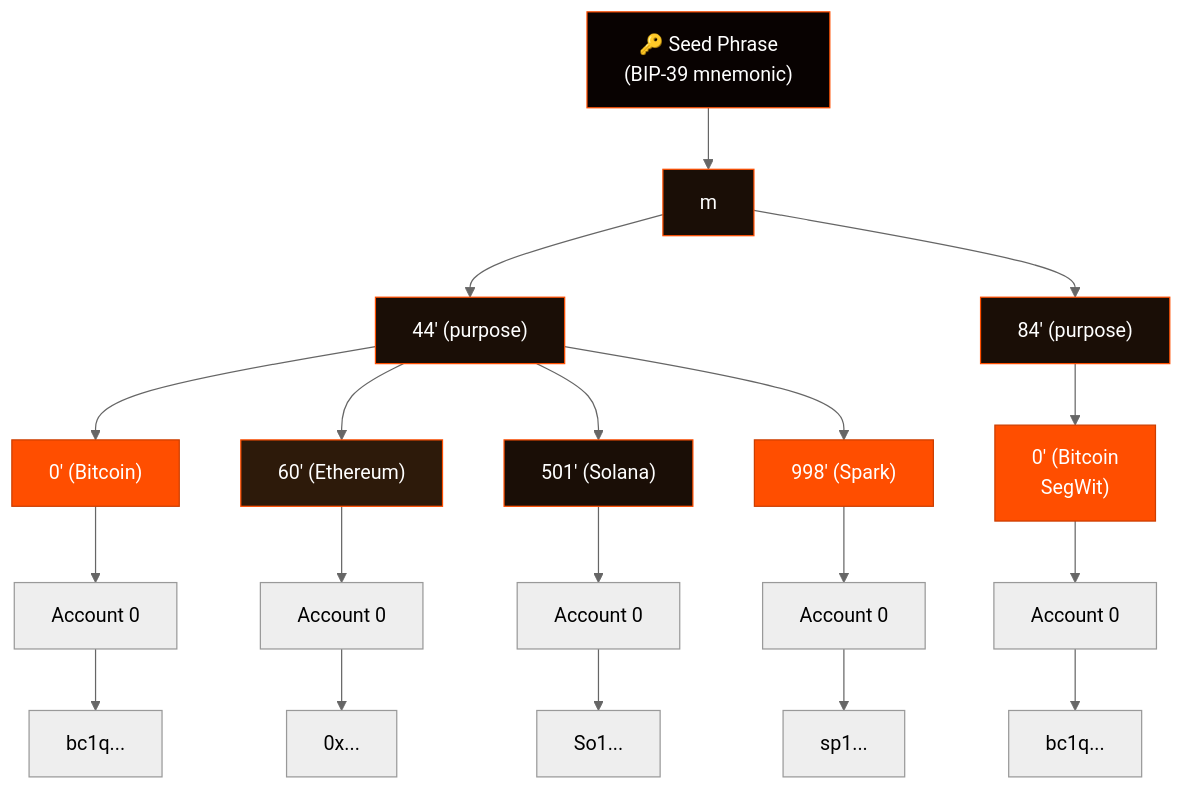
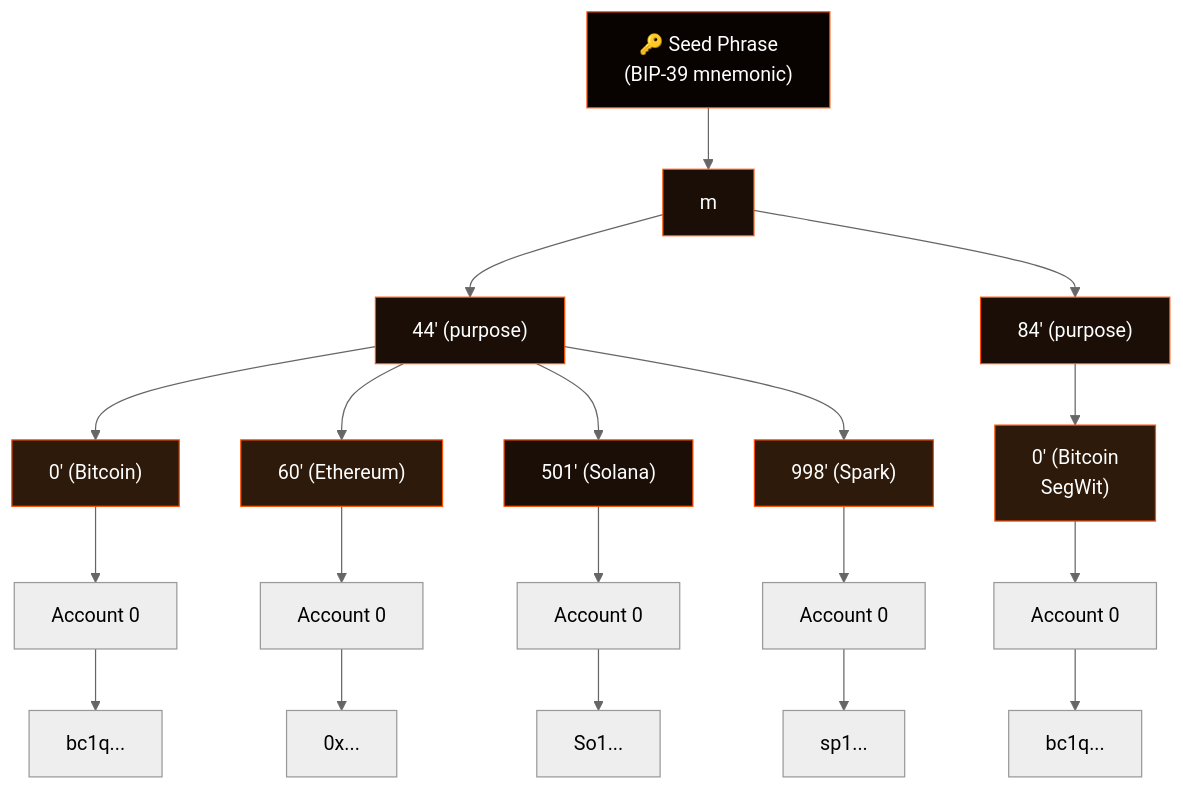
Before and after one commit to gatteo/wdk-docs: the second of 5 diagrams in resources/concepts.md, drawn with Mermaid (neutral theme). The commit also changed other lines of this file and 16 other files, not shown here.

Commit message:
docs: replace all primary orange backgrounds with dark tones in diagrams

````diff
--- a/resources/concepts.md
+++ b/resources/concepts.md
@@ -66,35 +66,35 @@
 ```mermaid
 graph TD
     Seed["🔑 Seed Phrase\n(BIP-39 mnemonic)"] --> M["m"]
     M --> P44["44' (purpose)"]
     M --> P84["84' (purpose)"]
 
     P44 --> BTC["0' (Bitcoin)"]
     P44 --> ETH["60' (Ethereum)"]
     P44 --> SOL["501' (Solana)"]
     P44 --> SPARK["998' (Spark)"]
 
     P84 --> BTC84["0' (Bitcoin\nSegWit)"]
 
     BTC --> BTCA0["Account 0"]
     ETH --> ETHA0["Account 0"]
     SOL --> SOLA0["Account 0"]
     SPARK --> SPKA0["Account 0"]
     BTC84 --> BTC84A0["Account 0"]
 
     BTCA0 --> BTCAddr["bc1q..."]
     ETHA0 --> ETHAddr["0x..."]
     SOLA0 --> SOLAddr["So1..."]
     SPKA0 --> SPKAddr["sp1..."]
     BTC84A0 --> BTC84Addr["bc1q..."]
 
     style Seed fill:#080201,stroke:#FF4E00,color:#fff
     style M fill:#1a0e06,stroke:#FF4E00,color:#fff
     style P44 fill:#1a0e06,stroke:#FF4E00,color:#fff
     style P84 fill:#1a0e06,stroke:#FF4E00,color:#fff
-    style BTC fill:#FF4E00,stroke:#cc3e00,color:#fff
+    style BTC fill:#2d1a0a,stroke:#FF4E00,color:#fff
     style ETH fill:#2d1a0a,stroke:#FF4E00,color:#fff
     style SOL fill:#1a0e06,stroke:#FF4E00,color:#fff
-    style SPARK fill:#FF4E00,stroke:#cc3e00,color:#fff
-    style BTC84 fill:#FF4E00,stroke:#cc3e00,color:#fff
+    style SPARK fill:#2d1a0a,stroke:#FF4E00,color:#fff
+    style BTC84 fill:#2d1a0a,stroke:#FF4E00,color:#fff
 ```
````
